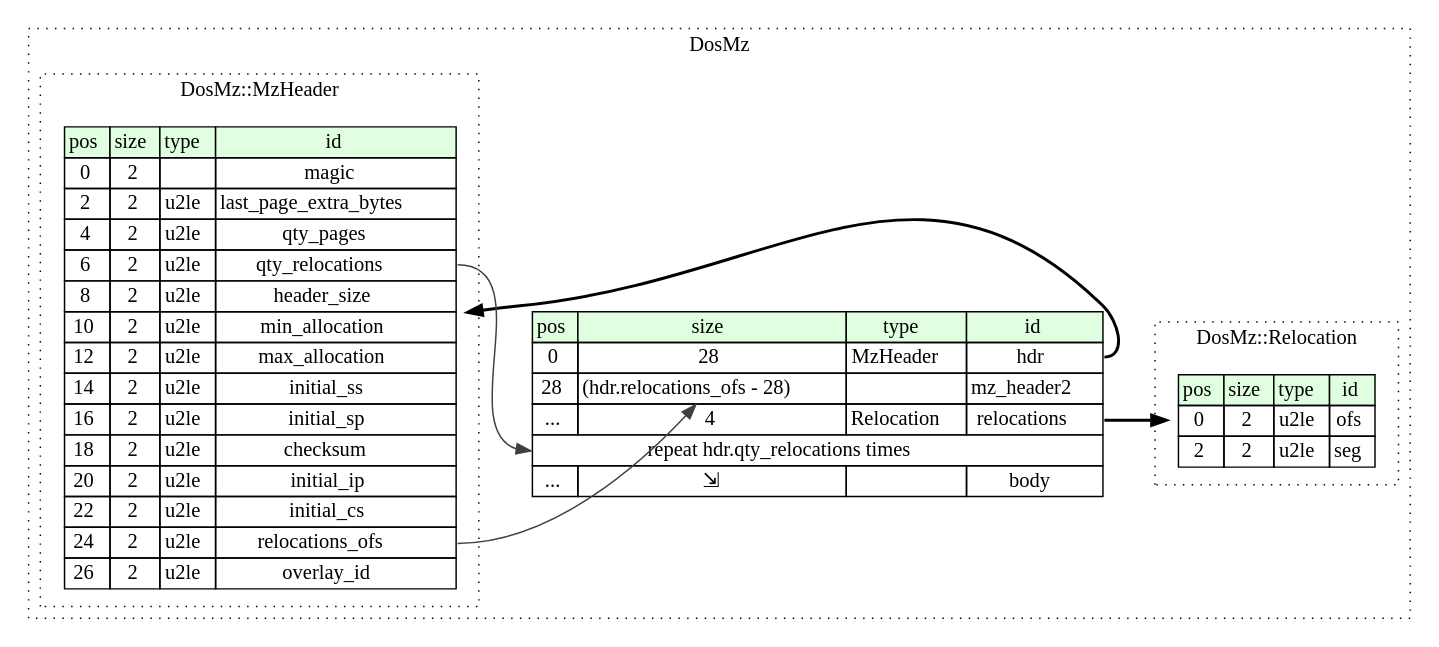
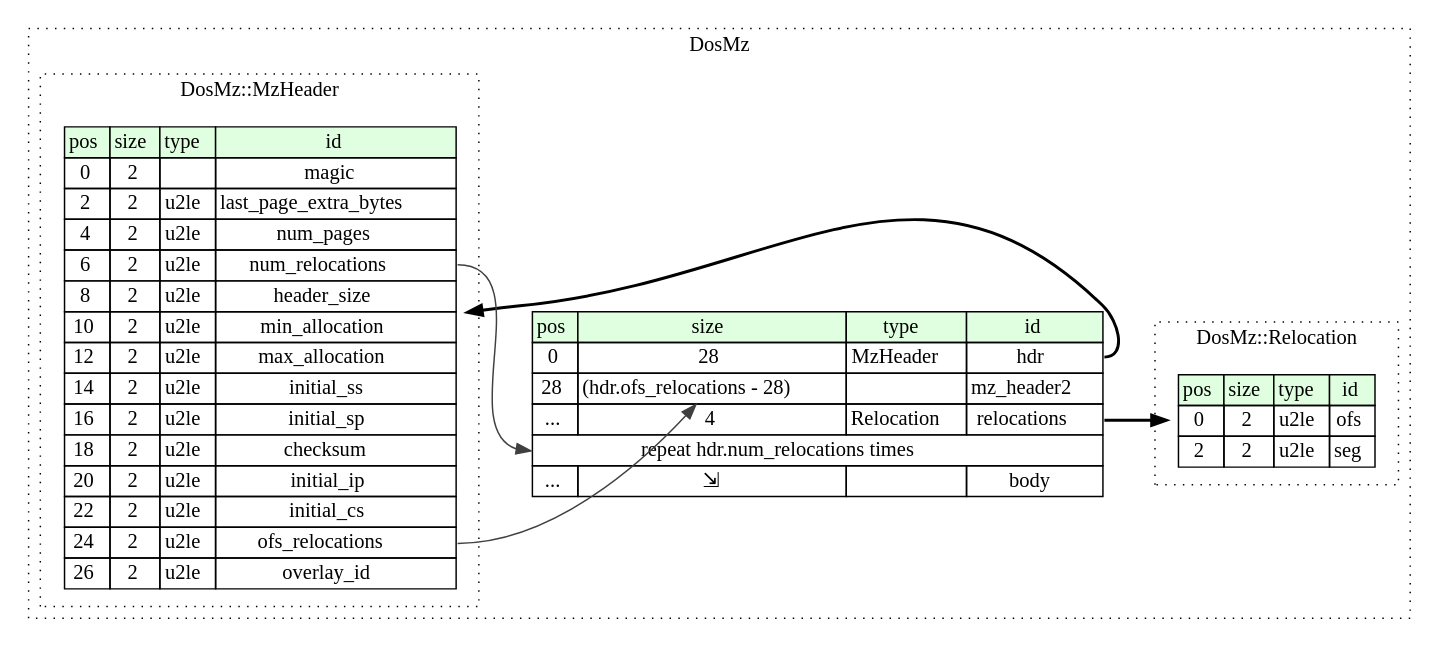
Before and after one commit to kaitai-io/formats-kaitai-io.github.io: the diagram in dos_mz/src/graphviz/dos_mz.dot, drawn with Graphviz. The commit also changed 20 other files, not shown here.

```diff
--- a/dos_mz/src/graphviz/dos_mz.dot
+++ b/dos_mz/src/graphviz/dos_mz.dot
@@ -1,53 +1,53 @@
 digraph {
 	rankdir=LR;
 	node [shape=plaintext];
 	subgraph cluster__dos_mz {
 		label="DosMz";
 		graph[style=dotted];
 
 		dos_mz__seq [label=<<TABLE BORDER="0" CELLBORDER="1" CELLSPACING="0">
 			<TR><TD BGCOLOR="#E0FFE0">pos</TD><TD BGCOLOR="#E0FFE0">size</TD><TD BGCOLOR="#E0FFE0">type</TD><TD BGCOLOR="#E0FFE0">id</TD></TR>
 			<TR><TD PORT="hdr_pos">0</TD><TD PORT="hdr_size">28</TD><TD>MzHeader</TD><TD PORT="hdr_type">hdr</TD></TR>
-			<TR><TD PORT="mz_header2_pos">28</TD><TD PORT="mz_header2_size">(hdr.relocations_ofs - 28)</TD><TD></TD><TD PORT="mz_header2_type">mz_header2</TD></TR>
+			<TR><TD PORT="mz_header2_pos">28</TD><TD PORT="mz_header2_size">(hdr.ofs_relocations - 28)</TD><TD></TD><TD PORT="mz_header2_type">mz_header2</TD></TR>
 			<TR><TD PORT="relocations_pos">...</TD><TD PORT="relocations_size">4</TD><TD>Relocation</TD><TD PORT="relocations_type">relocations</TD></TR>
-			<TR><TD COLSPAN="4" PORT="relocations__repeat">repeat hdr.qty_relocations times</TD></TR>
+			<TR><TD COLSPAN="4" PORT="relocations__repeat">repeat hdr.num_relocations times</TD></TR>
 			<TR><TD PORT="body_pos">...</TD><TD PORT="body_size">⇲</TD><TD></TD><TD PORT="body_type">body</TD></TR>
 		</TABLE>>];
 		subgraph cluster__mz_header {
 			label="DosMz::MzHeader";
 			graph[style=dotted];
 
 			mz_header__seq [label=<<TABLE BORDER="0" CELLBORDER="1" CELLSPACING="0">
 				<TR><TD BGCOLOR="#E0FFE0">pos</TD><TD BGCOLOR="#E0FFE0">size</TD><TD BGCOLOR="#E0FFE0">type</TD><TD BGCOLOR="#E0FFE0">id</TD></TR>
 				<TR><TD PORT="magic_pos">0</TD><TD PORT="magic_size">2</TD><TD></TD><TD PORT="magic_type">magic</TD></TR>
 				<TR><TD PORT="last_page_extra_bytes_pos">2</TD><TD PORT="last_page_extra_bytes_size">2</TD><TD>u2le</TD><TD PORT="last_page_extra_bytes_type">last_page_extra_bytes</TD></TR>
-				<TR><TD PORT="qty_pages_pos">4</TD><TD PORT="qty_pages_size">2</TD><TD>u2le</TD><TD PORT="qty_pages_type">qty_pages</TD></TR>
-				<TR><TD PORT="qty_relocations_pos">6</TD><TD PORT="qty_relocations_size">2</TD><TD>u2le</TD><TD PORT="qty_relocations_type">qty_relocations</TD></TR>
+				<TR><TD PORT="num_pages_pos">4</TD><TD PORT="num_pages_size">2</TD><TD>u2le</TD><TD PORT="num_pages_type">num_pages</TD></TR>
+				<TR><TD PORT="num_relocations_pos">6</TD><TD PORT="num_relocations_size">2</TD><TD>u2le</TD><TD PORT="num_relocations_type">num_relocations</TD></TR>
 				<TR><TD PORT="header_size_pos">8</TD><TD PORT="header_size_size">2</TD><TD>u2le</TD><TD PORT="header_size_type">header_size</TD></TR>
 				<TR><TD PORT="min_allocation_pos">10</TD><TD PORT="min_allocation_size">2</TD><TD>u2le</TD><TD PORT="min_allocation_type">min_allocation</TD></TR>
 				<TR><TD PORT="max_allocation_pos">12</TD><TD PORT="max_allocation_size">2</TD><TD>u2le</TD><TD PORT="max_allocation_type">max_allocation</TD></TR>
 				<TR><TD PORT="initial_ss_pos">14</TD><TD PORT="initial_ss_size">2</TD><TD>u2le</TD><TD PORT="initial_ss_type">initial_ss</TD></TR>
 				<TR><TD PORT="initial_sp_pos">16</TD><TD PORT="initial_sp_size">2</TD><TD>u2le</TD><TD PORT="initial_sp_type">initial_sp</TD></TR>
 				<TR><TD PORT="checksum_pos">18</TD><TD PORT="checksum_size">2</TD><TD>u2le</TD><TD PORT="checksum_type">checksum</TD></TR>
 				<TR><TD PORT="initial_ip_pos">20</TD><TD PORT="initial_ip_size">2</TD><TD>u2le</TD><TD PORT="initial_ip_type">initial_ip</TD></TR>
 				<TR><TD PORT="initial_cs_pos">22</TD><TD PORT="initial_cs_size">2</TD><TD>u2le</TD><TD PORT="initial_cs_type">initial_cs</TD></TR>
-				<TR><TD PORT="relocations_ofs_pos">24</TD><TD PORT="relocations_ofs_size">2</TD><TD>u2le</TD><TD PORT="relocations_ofs_type">relocations_ofs</TD></TR>
+				<TR><TD PORT="ofs_relocations_pos">24</TD><TD PORT="ofs_relocations_size">2</TD><TD>u2le</TD><TD PORT="ofs_relocations_type">ofs_relocations</TD></TR>
 				<TR><TD PORT="overlay_id_pos">26</TD><TD PORT="overlay_id_size">2</TD><TD>u2le</TD><TD PORT="overlay_id_type">overlay_id</TD></TR>
 			</TABLE>>];
 		}
 		subgraph cluster__relocation {
 			label="DosMz::Relocation";
 			graph[style=dotted];
 
 			relocation__seq [label=<<TABLE BORDER="0" CELLBORDER="1" CELLSPACING="0">
 				<TR><TD BGCOLOR="#E0FFE0">pos</TD><TD BGCOLOR="#E0FFE0">size</TD><TD BGCOLOR="#E0FFE0">type</TD><TD BGCOLOR="#E0FFE0">id</TD></TR>
 				<TR><TD PORT="ofs_pos">0</TD><TD PORT="ofs_size">2</TD><TD>u2le</TD><TD PORT="ofs_type">ofs</TD></TR>
 				<TR><TD PORT="seg_pos">2</TD><TD PORT="seg_size">2</TD><TD>u2le</TD><TD PORT="seg_type">seg</TD></TR>
 			</TABLE>>];
 		}
 	}
 	dos_mz__seq:hdr_type -> mz_header__seq [style=bold];
-	mz_header__seq:relocations_ofs_type -> dos_mz__seq:mz_header2_size [color="#404040"];
+	mz_header__seq:ofs_relocations_type -> dos_mz__seq:mz_header2_size [color="#404040"];
 	dos_mz__seq:relocations_type -> relocation__seq [style=bold];
-	mz_header__seq:qty_relocations_type -> dos_mz__seq:relocations__repeat [color="#404040"];
+	mz_header__seq:num_relocations_type -> dos_mz__seq:relocations__repeat [color="#404040"];
 }
```
